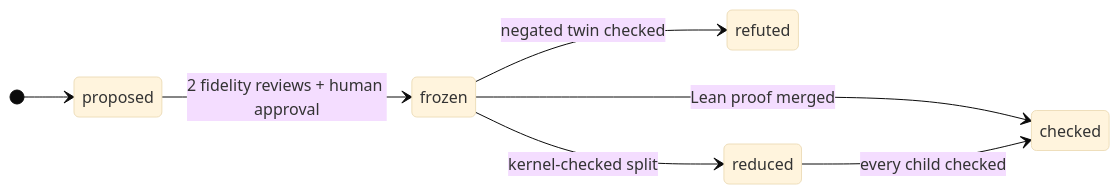
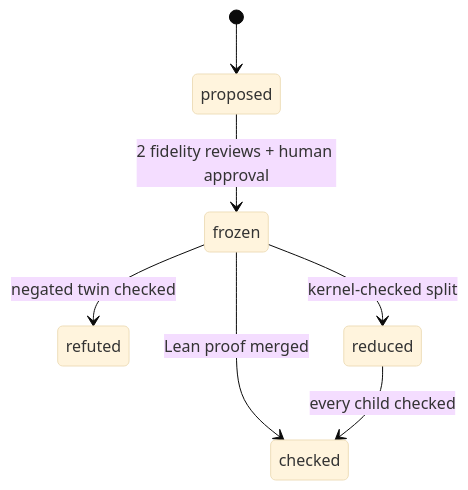
The second of 2 diagrams in README.md (debe/recon_conjecture), drawn with Mermaid (base theme) before and after one commit. The commit also changed other lines of this file, not shown here.

Commit message:
README: top-down diagrams so they fit the column

````diff
--- a/README.md
+++ b/README.md
@@ -54,10 +54,9 @@
 ```mermaid
 stateDiagram-v2
-  direction LR
   [*] --> proposed
   proposed --> frozen: 2 fidelity reviews + human approval
   frozen --> checked: Lean proof merged
   frozen --> refuted: negated twin checked
   frozen --> reduced: kernel-checked split
   reduced --> checked: every child checked
 ```
````
